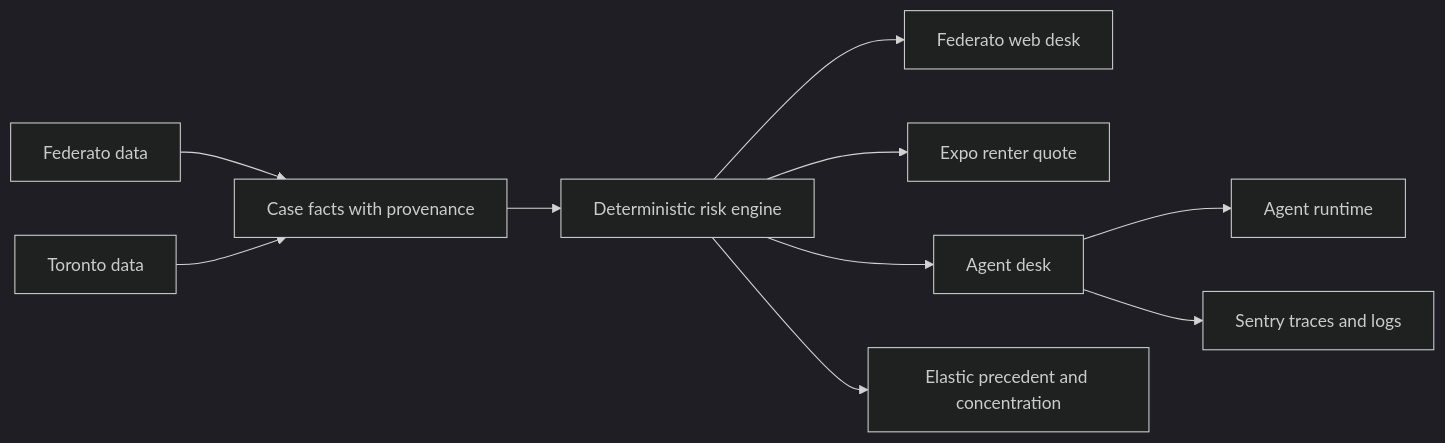
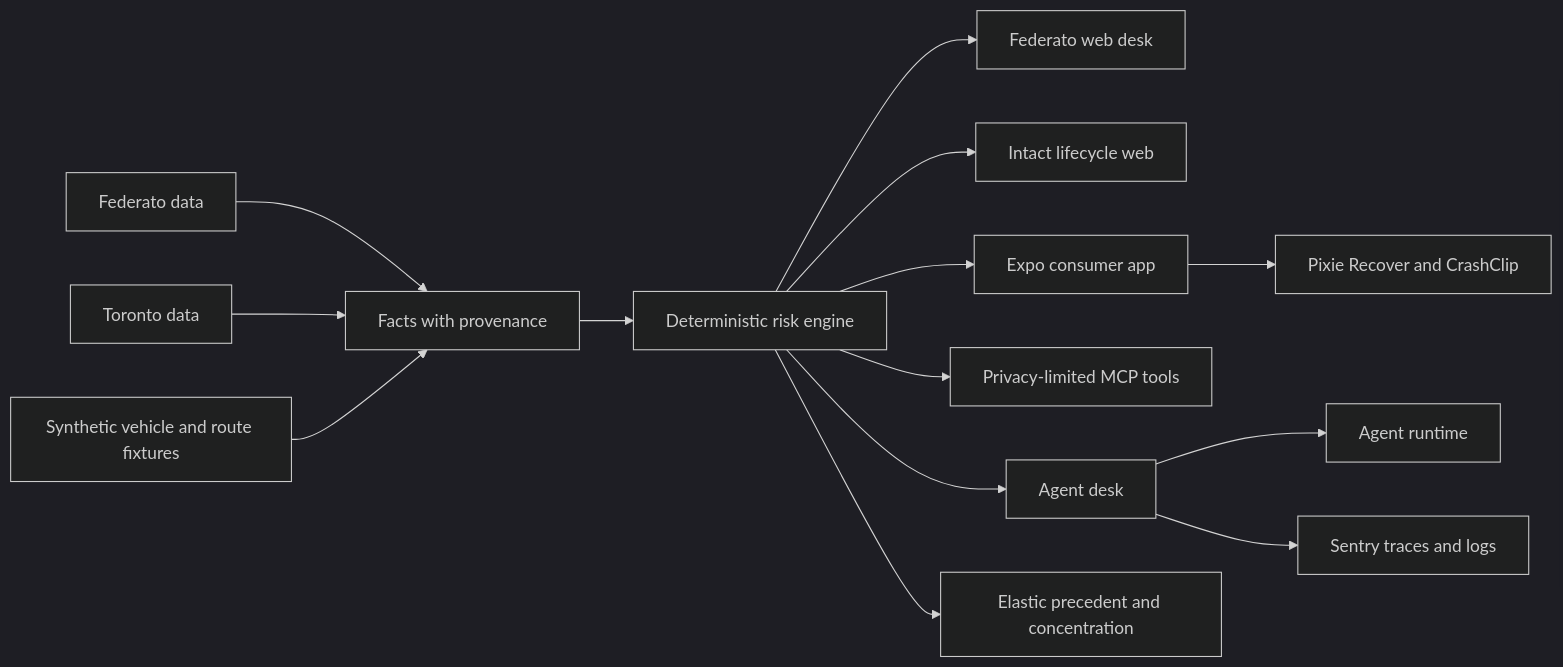
Before and after one commit to benz16107/pixie-htn2026: the diagram in docs/ARCHITECTURE.md, drawn with Mermaid (dark theme). The commit also changed other lines of this file and 66 other files, not shown here.

Commit message:
Build the Intact insurance lifecycle

````diff
--- a/docs/ARCHITECTURE.md
+++ b/docs/ARCHITECTURE.md
@@ -3,12 +3,16 @@
 ```mermaid
 flowchart LR
-  F[Federato data] --> C[Case facts with provenance]
-  T[Toronto data] --> C
-  C --> E[Deterministic risk engine]
+  FD[Federato data] --> F[Facts with provenance]
+  TD[Toronto data] --> F
+  SV[Synthetic vehicle and route fixtures] --> F
+  F --> E[Deterministic risk engine]
   E --> W[Federato web desk]
-  E --> M[Expo renter quote]
-  E --> D[Agent desk]
-  D --> O[Agent runtime]
-  E --> X[Elastic precedent and concentration]
-  D --> S[Sentry traces and logs]
+  E --> I[Intact lifecycle web]
+  E --> X[Expo consumer app]
+  E --> M[Privacy-limited MCP tools]
+  X --> R[Pixie Recover and CrashClip]
+  E --> A[Agent desk]
+  A --> O[Agent runtime]
+  E --> ES[Elastic precedent and concentration]
+  A --> S[Sentry traces and logs]
 ```
````
